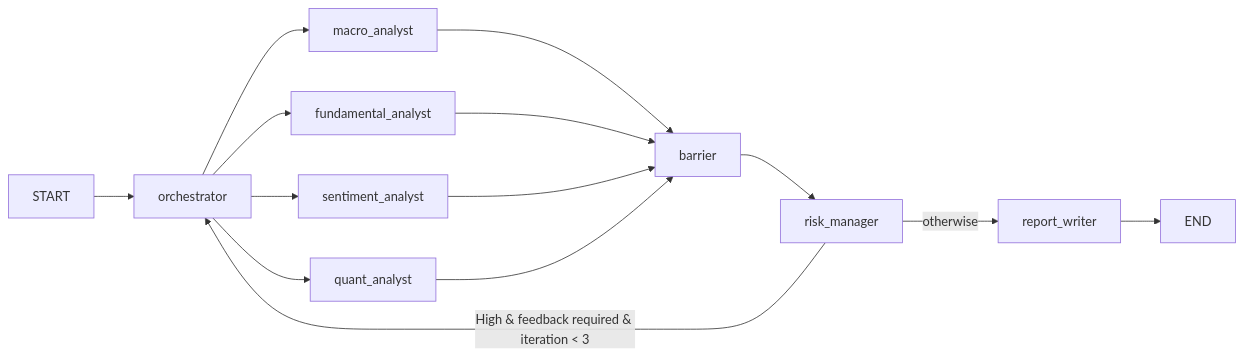
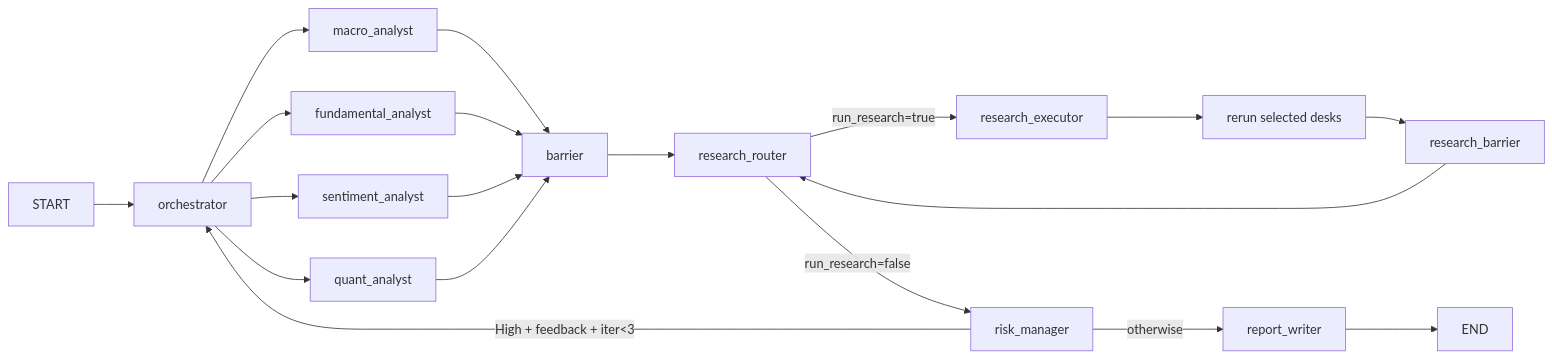
One commit to Coaspe/CoFund changed the diagram in docs/PROJECT_SYSTEM_DOCUMENTATION_KO.md. Above: the diagram before and after it, drawn with Mermaid. The commit also changed other lines of this file and 1 other file, not shown here.

````diff
--- a/docs/PROJECT_SYSTEM_DOCUMENTATION_KO.md
+++ b/docs/PROJECT_SYSTEM_DOCUMENTATION_KO.md
@@ -40,16 +50,21 @@
 ```mermaid
 flowchart LR
     A["START"] --> B["orchestrator"]
     B --> C["macro_analyst"]
     B --> D["fundamental_analyst"]
     B --> E["sentiment_analyst"]
     B --> F["quant_analyst"]
     C --> G["barrier"]
     D --> G
     E --> G
     F --> G
-    G --> H["risk_manager"]
-    H -->|High & feedback required & iteration < 3| B
-    H -->|otherwise| I["report_writer"]
+    G --> R["research_router"]
+    R -->|"run_research=true"| X["research_executor"]
+    X --> RC["rerun selected desks"]
+    RC --> RB["research_barrier"]
+    RB --> R
+    R -->|"run_research=false"| H["risk_manager"]
+    H -->|"High + feedback + iter<3"| B
+    H -->|"otherwise"| I["report_writer"]
     I --> J["END"]
 ```
````
